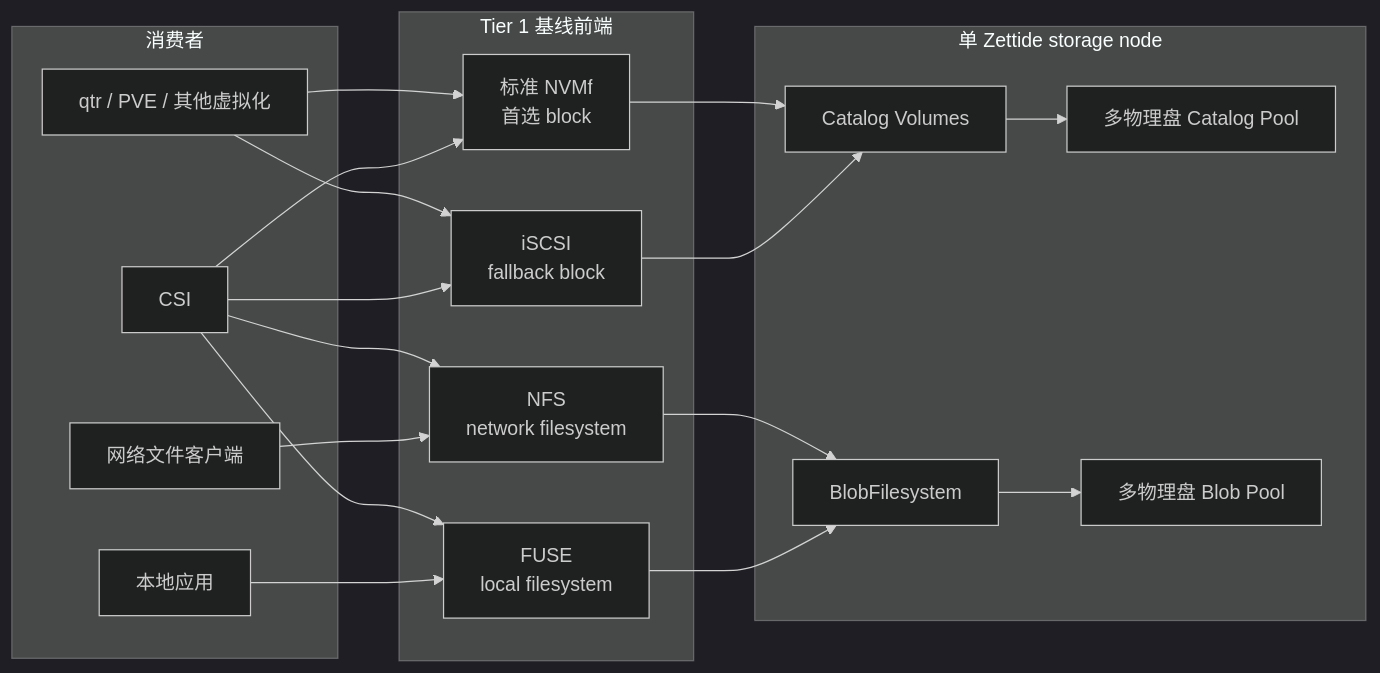
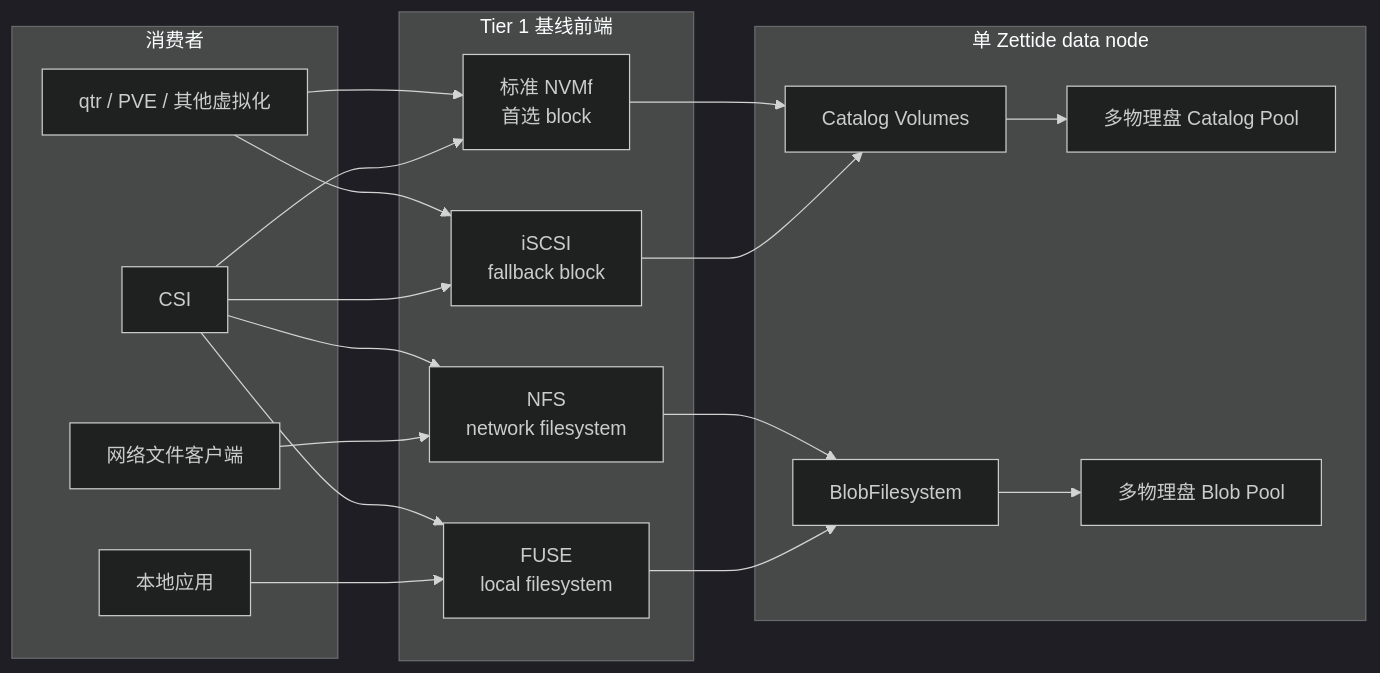
One commit to fanyang89/zettide changed the first of 4 diagrams in docs/architecture/zh-CN/02-system-architecture.md. Above: the diagram before and after it, drawn with Mermaid (dark theme). The commit also changed other lines of this file and 115 other files, not shown here.

First line of the commit message:
refactor: rename node service to data node

````diff
--- a/docs/architecture/zh-CN/02-system-architecture.md
+++ b/docs/architecture/zh-CN/02-system-architecture.md
@@ -7,38 +7,38 @@
 ```mermaid
 flowchart LR
     subgraph Consumers[消费者]
         Q[qtr / PVE / 其他虚拟化]
         C[CSI]
         U[本地应用]
         N[网络文件客户端]
     end
 
     subgraph Frontends[Tier 1 基线前端]
         BN[标准 NVMf<br/>首选 block]
         BI[iSCSI<br/>fallback block]
         FN[NFS<br/>network filesystem]
         FF[FUSE<br/>local filesystem]
     end
 
-    subgraph Node[单 Zettide storage node]
+    subgraph Node[单 Zettide data node]
         CV[Catalog Volumes]
         BF[BlobFilesystem]
         CP[多物理盘 Catalog Pool]
         BP[多物理盘 Blob Pool]
         CV --> CP
         BF --> BP
     end
 
     Q --> BN
     Q --> BI
     C --> BN
     C --> BI
     C --> FN
     C --> FF
     N --> FN
     U --> FF
     BN --> CV
     BI --> CV
     FN --> BF
     FF --> BF
 ```
````
